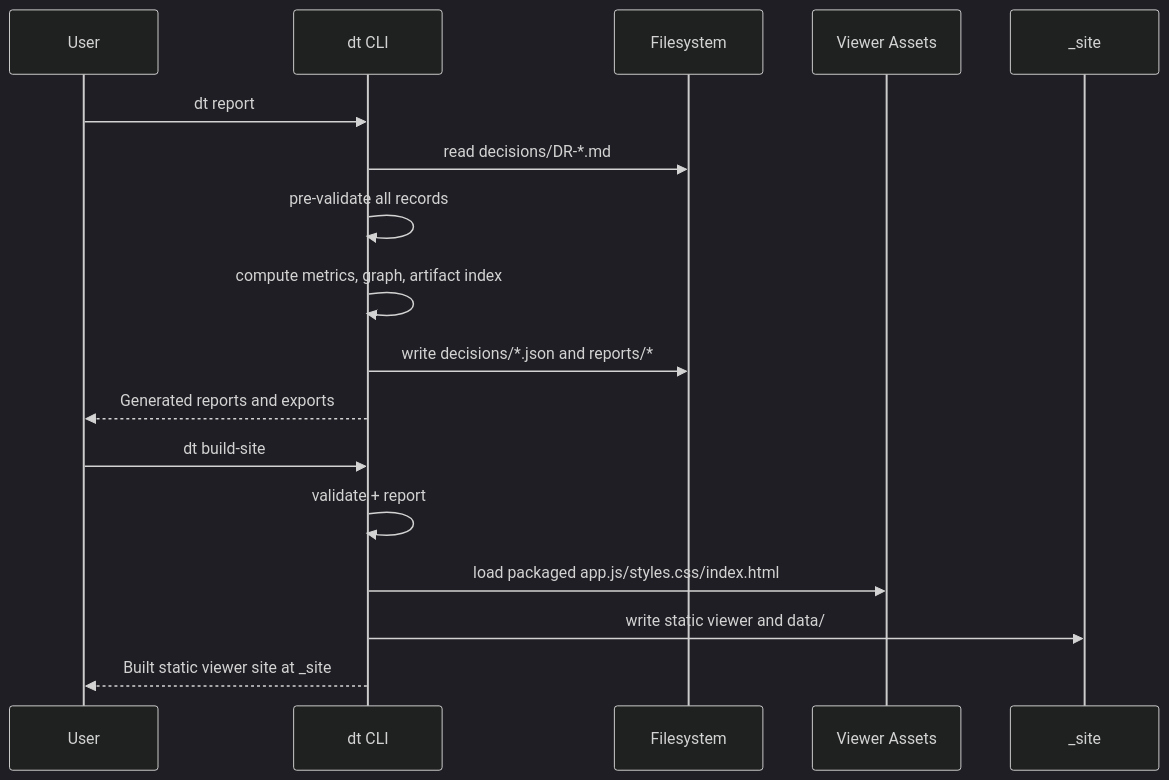
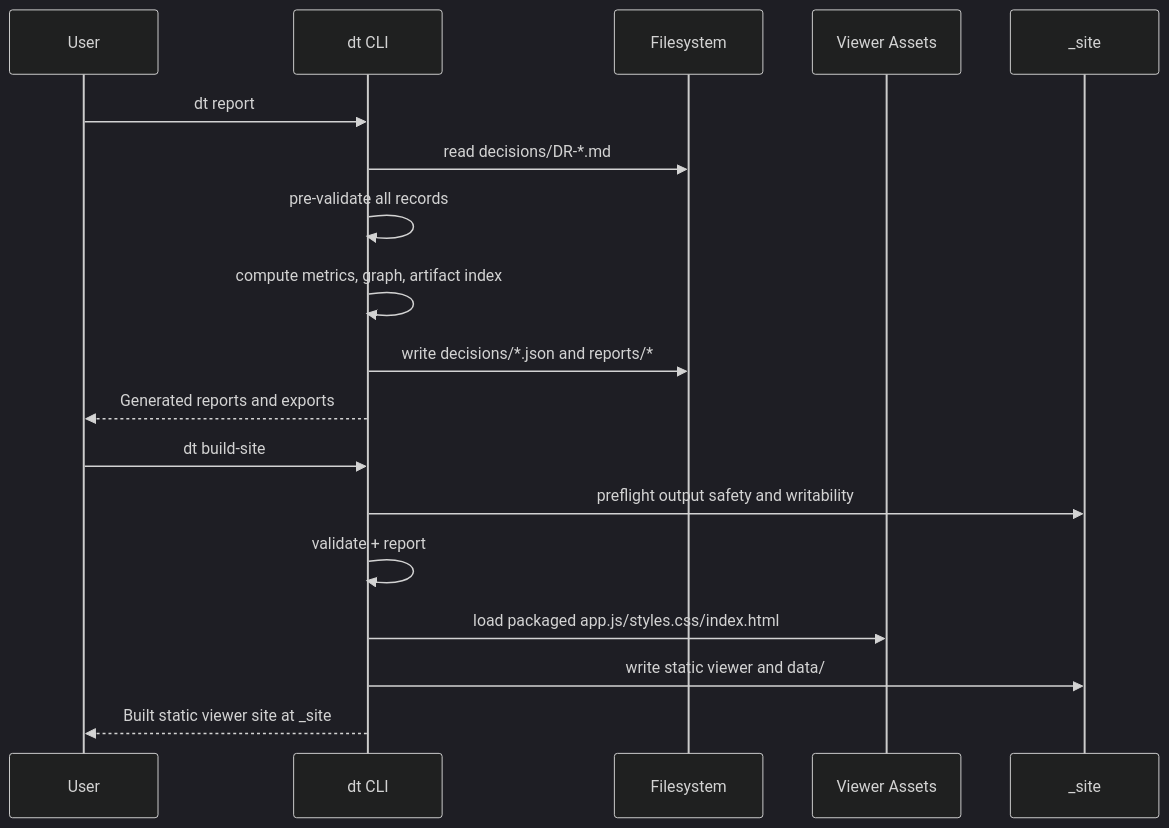
One commit to AidinAz/decision-tracker changed the seventh of 10 diagrams in ARCHITECTURE.md. Above: the diagram before and after it, drawn with Mermaid (dark theme). The commit also changed other lines of this file and 6 other files, not shown here.

````diff
--- a/ARCHITECTURE.md
+++ b/ARCHITECTURE.md
@@ -195,21 +195,22 @@
 ```mermaid
 sequenceDiagram
   participant U as User
   participant CLI as dt CLI
   participant FS as Filesystem
   participant Viewer as Viewer Assets
   participant Site as _site
 
   U->>CLI: dt report
   CLI->>FS: read decisions/DR-*.md
   CLI->>CLI: pre-validate all records
   CLI->>CLI: compute metrics, graph, artifact index
   CLI->>FS: write decisions/*.json and reports/*
   CLI-->>U: Generated reports and exports
 
   U->>CLI: dt build-site
+  CLI->>Site: preflight output safety and writability
   CLI->>CLI: validate + report
   CLI->>Viewer: load packaged app.js/styles.css/index.html
   CLI->>Site: write static viewer and data/
   CLI-->>U: Built static viewer site at _site
 ```
````
